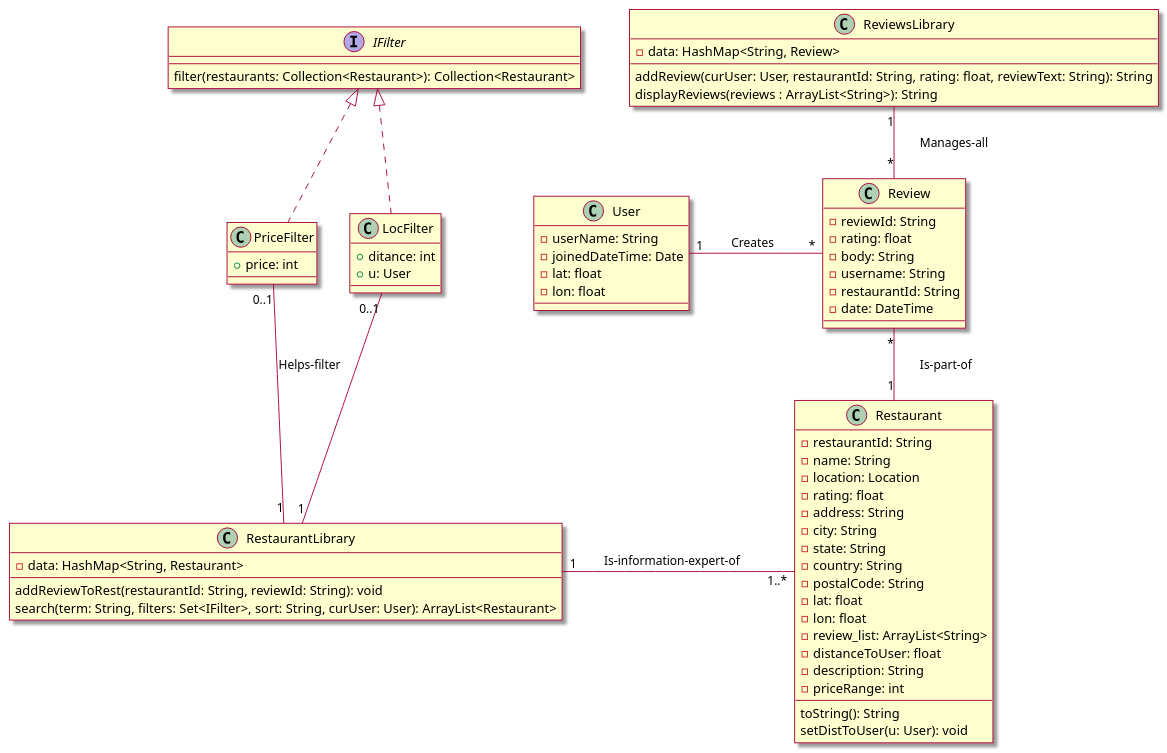
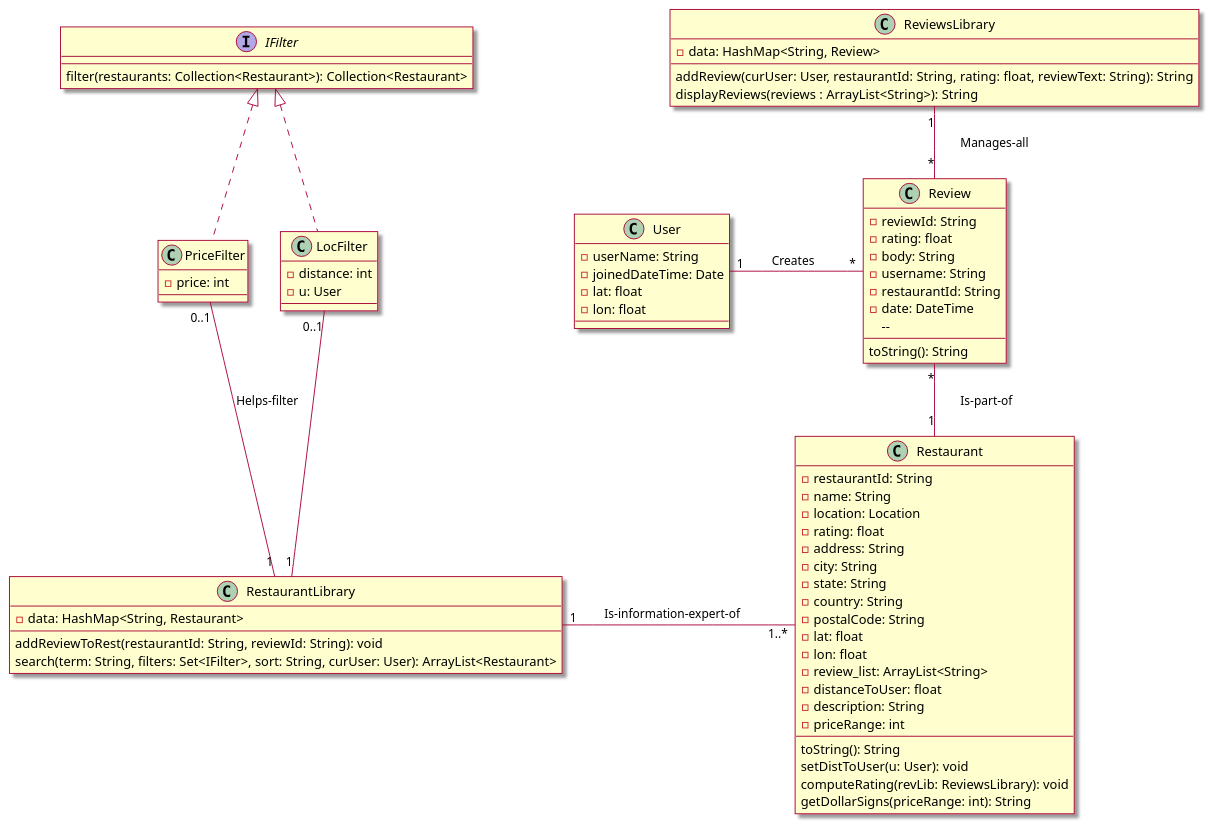
The third of 3 diagrams in intellij/doc/design.md (tanwasp/LunchBox-Android), drawn with PlantUML before and after one commit. The commit also changed other lines of this file and 4 other files, not shown here.

Commit message:
changed sequence, design class diagrams and made fields private

```diff
--- a/intellij/doc/design.md
+++ b/intellij/doc/design.md
@@ -89,6 +95,8 @@
     --
     toString(): String
     setDistToUser(u: User): void
+    computeRating(revLib: ReviewsLibrary): void
+    getDollarSigns(priceRange: int): String
 }
 
 class Review{
@@ -98,6 +106,8 @@
     -username: String
     -restaurantId: String
     -date: DateTime
+    -- 
+    toString(): String
 }
 
 class User{
@@ -127,12 +137,12 @@
 }
 
 class PriceFilter{
-    +price: int
+    -price: int
 }
 
 class LocFilter{
-    +ditance: int
-    +u: User
+    -distance: int
+    -u: User
 }
 
 ' associations
```
